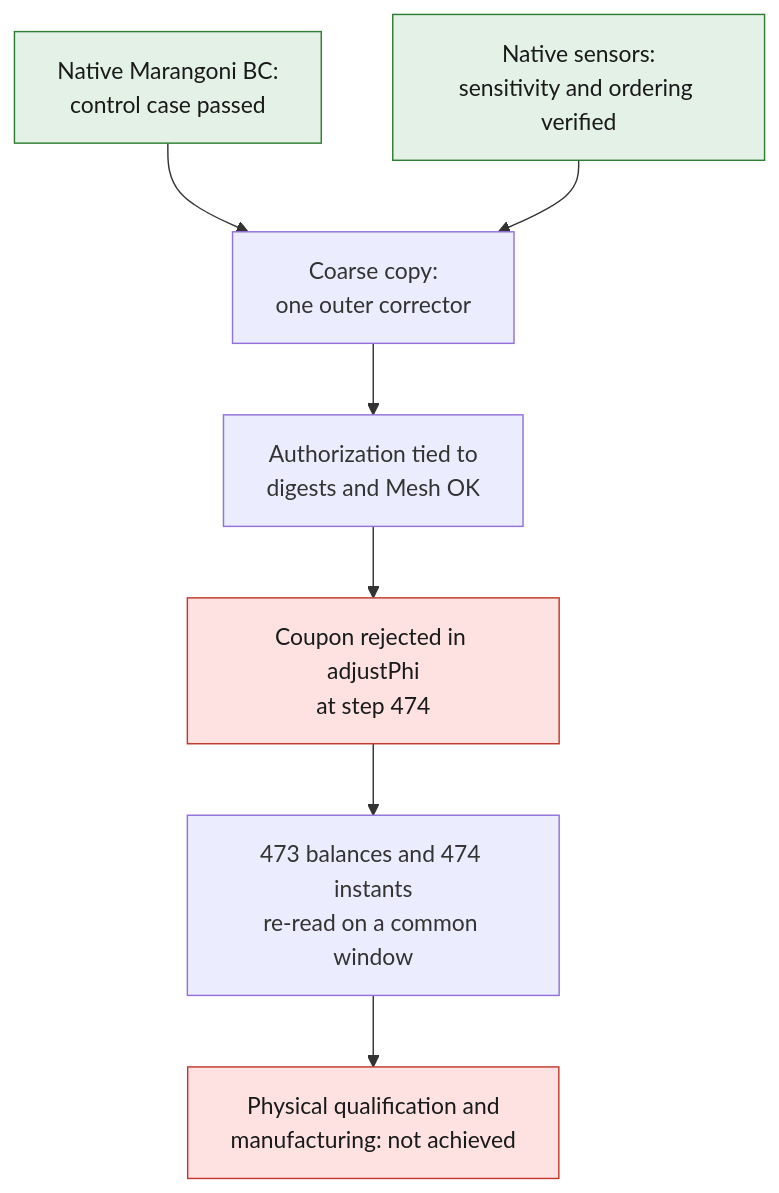
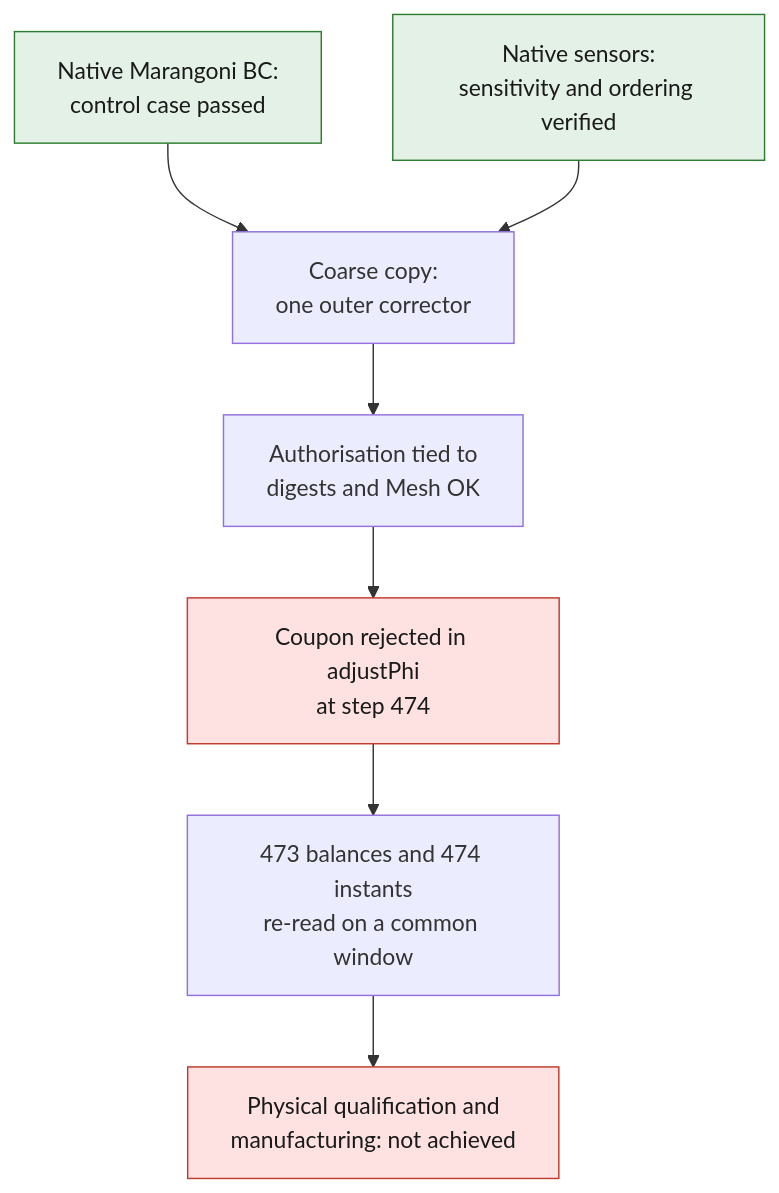
The diagram in docs/reports/M64_F58_COUPLED_FLOW_20260908.md (cluster2600/porscheparts), drawn with Mermaid before and after one commit. The commit also changed other lines of this file and 480 other files, not shown here.

````diff
--- a/docs/reports/M64_F58_COUPLED_FLOW_20260908.md
+++ b/docs/reports/M64_F58_COUPLED_FLOW_20260908.md
@@ -18,13 +18,13 @@
 ```mermaid
 flowchart TD
     A["Native Marangoni BC:<br/>control case passed"] --> C["Coarse copy:<br/>one outer corrector"]
     B["Native sensors:<br/>sensitivity and ordering verified"] --> C
-    C --> D["Authorization tied to<br/>digests and Mesh OK"]
+    C --> D["Authorisation tied to<br/>digests and Mesh OK"]
     D --> E["Coupon rejected in adjustPhi<br/>at step 474"]
     E --> F["473 balances and 474 instants<br/>re-read on a common window"]
     F --> G["Physical qualification and<br/>manufacturing: not achieved"]
     classDef stop fill:#fde2e1,stroke:#c0392b,color:#1a1a1a;
     classDef ok fill:#e3f1e6,stroke:#2e7d32,color:#1a1a1a;
     class A,B ok;
     class E,G stop;
 ```
````
